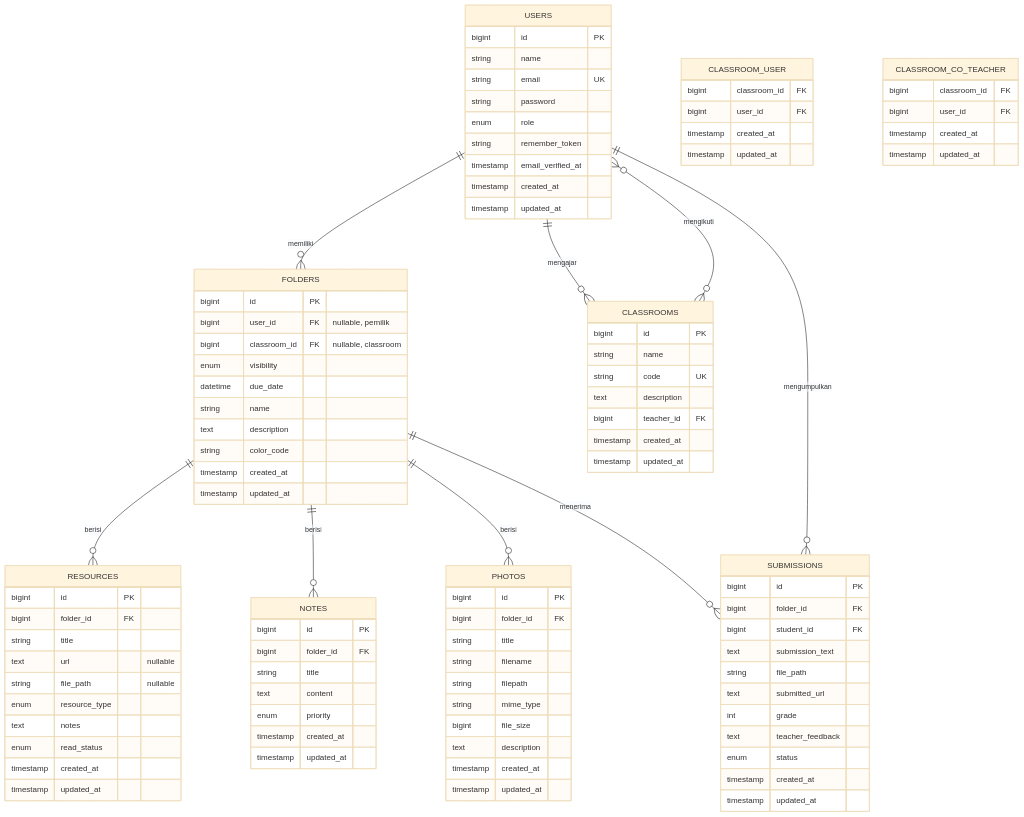
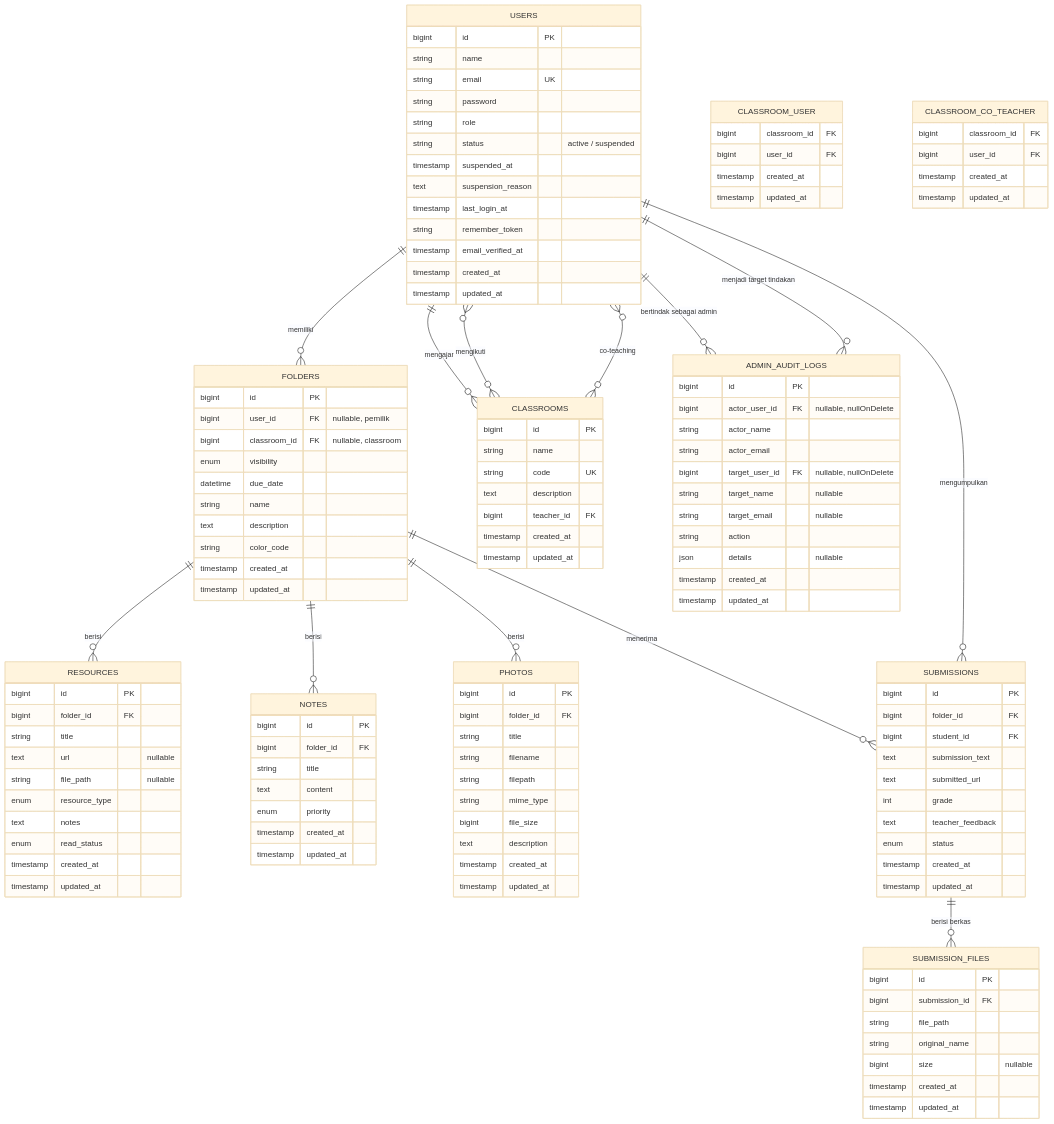
One commit to XWAYLAND/TataKelas changed the ninth of 9 diagrams in docs/PRD.md. Above: the diagram before and after it, drawn with Mermaid (base theme). The commit also changed other lines of this file and 2 other files, not shown here.

```diff
--- a/docs/PRD.md
+++ b/docs/PRD.md
@@ -755,18 +798,26 @@
     USERS ||--o{ FOLDERS : "memiliki"
     USERS ||--o{ CLASSROOMS : "mengajar"
     USERS }o--o{ CLASSROOMS : "mengikuti"
+    USERS }o--o{ CLASSROOMS : "co-teaching"
+    USERS ||--o{ ADMIN_AUDIT_LOGS : "bertindak sebagai admin"
+    USERS ||--o{ ADMIN_AUDIT_LOGS : "menjadi target tindakan"
     FOLDERS ||--o{ RESOURCES : "berisi"
     FOLDERS ||--o{ NOTES : "berisi"
     FOLDERS ||--o{ PHOTOS : "berisi"
     FOLDERS ||--o{ SUBMISSIONS : "menerima"
     USERS ||--o{ SUBMISSIONS : "mengumpulkan"
+    SUBMISSIONS ||--o{ SUBMISSION_FILES : "berisi berkas"
 
     USERS {
         bigint id PK
         string name
         string email UK
         string password
-        enum role
+        string role
+        string status "active / suspended"
+        timestamp suspended_at
+        text suspension_reason
+        timestamp last_login_at
         string remember_token
         timestamp email_verified_at
         timestamp created_at
@@ -828,11 +879,34 @@
         bigint folder_id FK
         bigint student_id FK
         text submission_text
-        string file_path
         text submitted_url
         int grade
         text teacher_feedback
         enum status
+        timestamp created_at
+        timestamp updated_at
+    }
+
+    SUBMISSION_FILES {
+        bigint id PK
+        bigint submission_id FK
+        string file_path
+        string original_name
+        bigint size "nullable"
+        timestamp created_at
+        timestamp updated_at
+    }
+
+    ADMIN_AUDIT_LOGS {
+        bigint id PK
+        bigint actor_user_id FK "nullable, nullOnDelete"
+        string actor_name
+        string actor_email
+        bigint target_user_id FK "nullable, nullOnDelete"
+        string target_name "nullable"
+        string target_email "nullable"
+        string action
+        json details "nullable"
         timestamp created_at
         timestamp updated_at
     }
```
